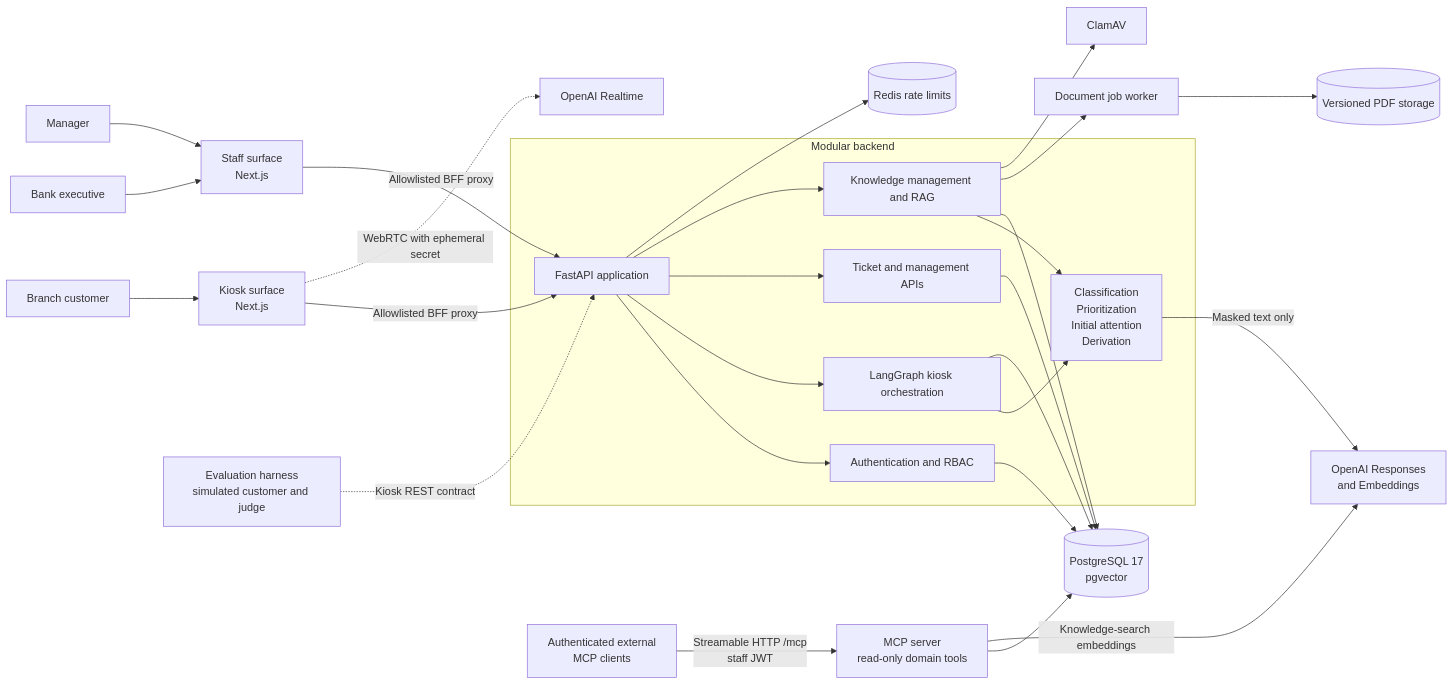
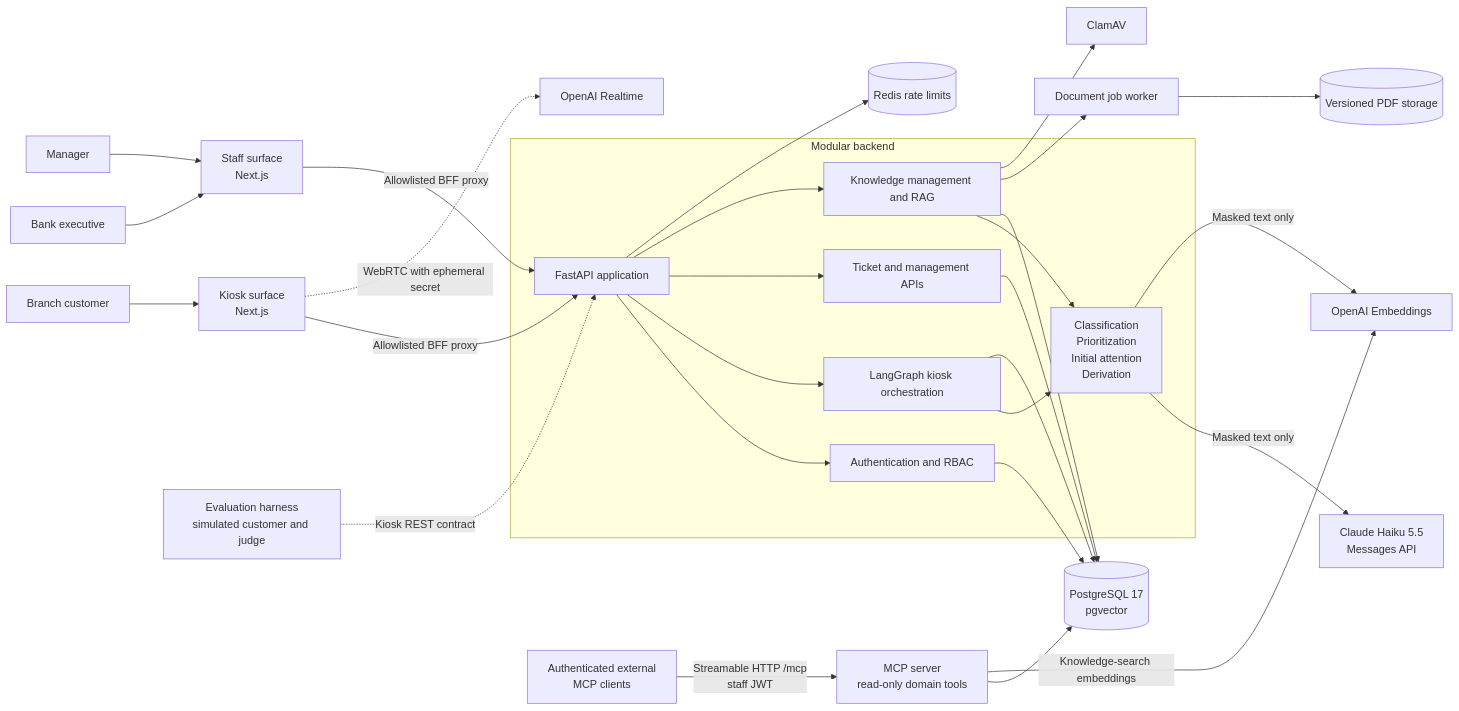
Before and after one commit to ChristianMendozaa/banking-orchestration-system: the first of 2 diagrams in docs/architecture.md, drawn with Mermaid. The commit also changed other lines of this file and 25 other files, not shown here.

First line of the commit message:
Move orchestration model calls to Claude Haiku 5.5

````diff
--- a/docs/architecture.md
+++ b/docs/architecture.md
@@ -3,34 +3,35 @@
 ```mermaid
 flowchart LR
     Customer[Branch customer] --> Kiosk[Kiosk surface<br/>Next.js]
     Executive[Bank executive] --> Staff[Staff surface<br/>Next.js]
     Manager[Manager] --> Staff
     Eval[Evaluation harness<br/>simulated customer and judge] -.->|Kiosk REST contract| API
 
     Kiosk -->|Allowlisted BFF proxy| API[FastAPI application]
     Staff -->|Allowlisted BFF proxy| API
     Kiosk -.->|WebRTC with ephemeral secret| Realtime[OpenAI Realtime]
 
     subgraph Backend[Modular backend]
         API --> Auth[Authentication and RBAC]
         API --> Orchestrator[LangGraph kiosk orchestration]
         API --> Operations[Ticket and management APIs]
         API --> Knowledge[Knowledge management and RAG]
         Orchestrator --> Agents[Classification<br/>Prioritization<br/>Initial attention<br/>Derivation]
         Knowledge --> Agents
     end
 
     Auth --> PostgreSQL[(PostgreSQL 17<br/>pgvector)]
     Orchestrator --> PostgreSQL
     Operations --> PostgreSQL
     Knowledge --> PostgreSQL
     Knowledge --> Queue[Document job worker]
     Queue --> Documents[(Versioned PDF storage)]
     Knowledge --> Scanner[ClamAV]
     API --> Redis[(Redis rate limits)]
-    Agents -->|Masked text only| OpenAI[OpenAI Responses<br/>and Embeddings]
+    Agents -->|Masked text only| Claude[Claude Haiku 5.5<br/>Messages API]
+    Agents -->|Masked text only| OpenAI[OpenAI Embeddings]
 
     MCPClients[Authenticated external<br/>MCP clients] -->|Streamable HTTP /mcp<br/>staff JWT| MCP[MCP server<br/>read-only domain tools]
     MCP --> PostgreSQL
     MCP -->|Knowledge-search embeddings| OpenAI
 ```
````
